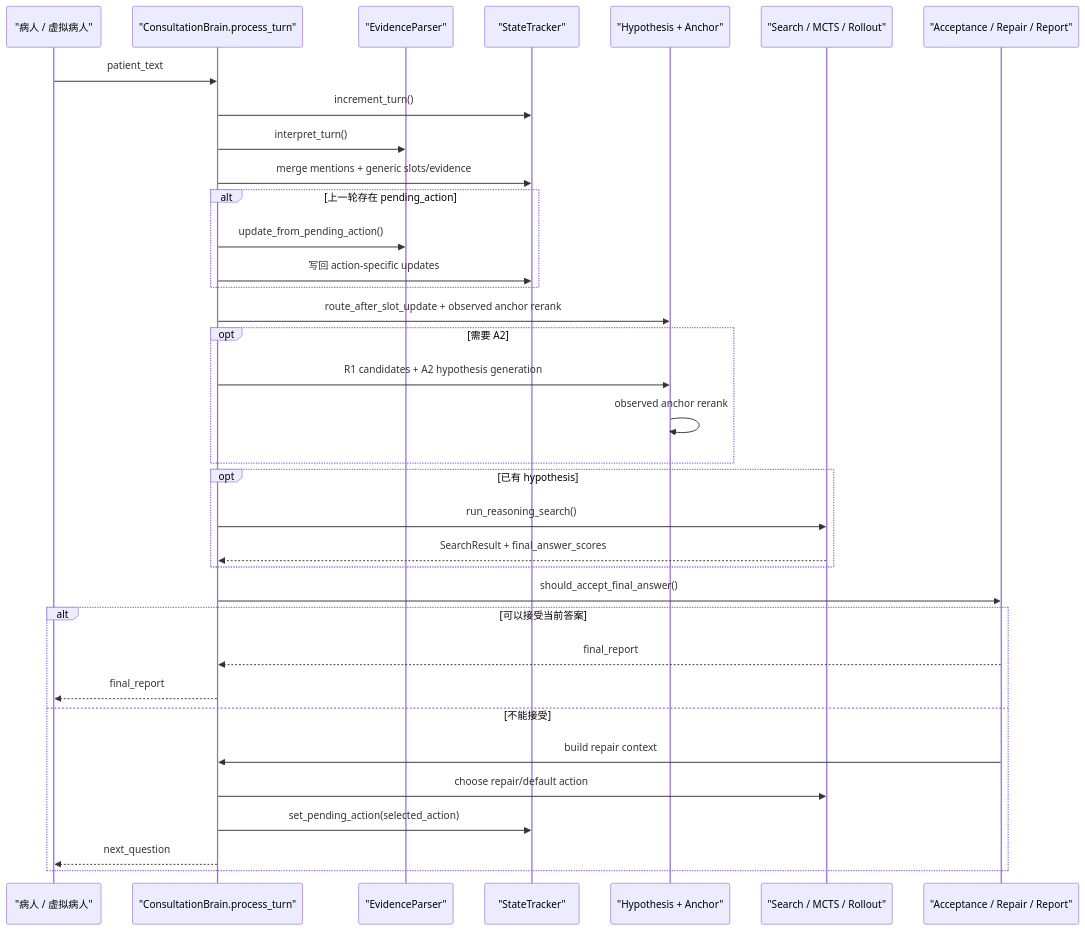
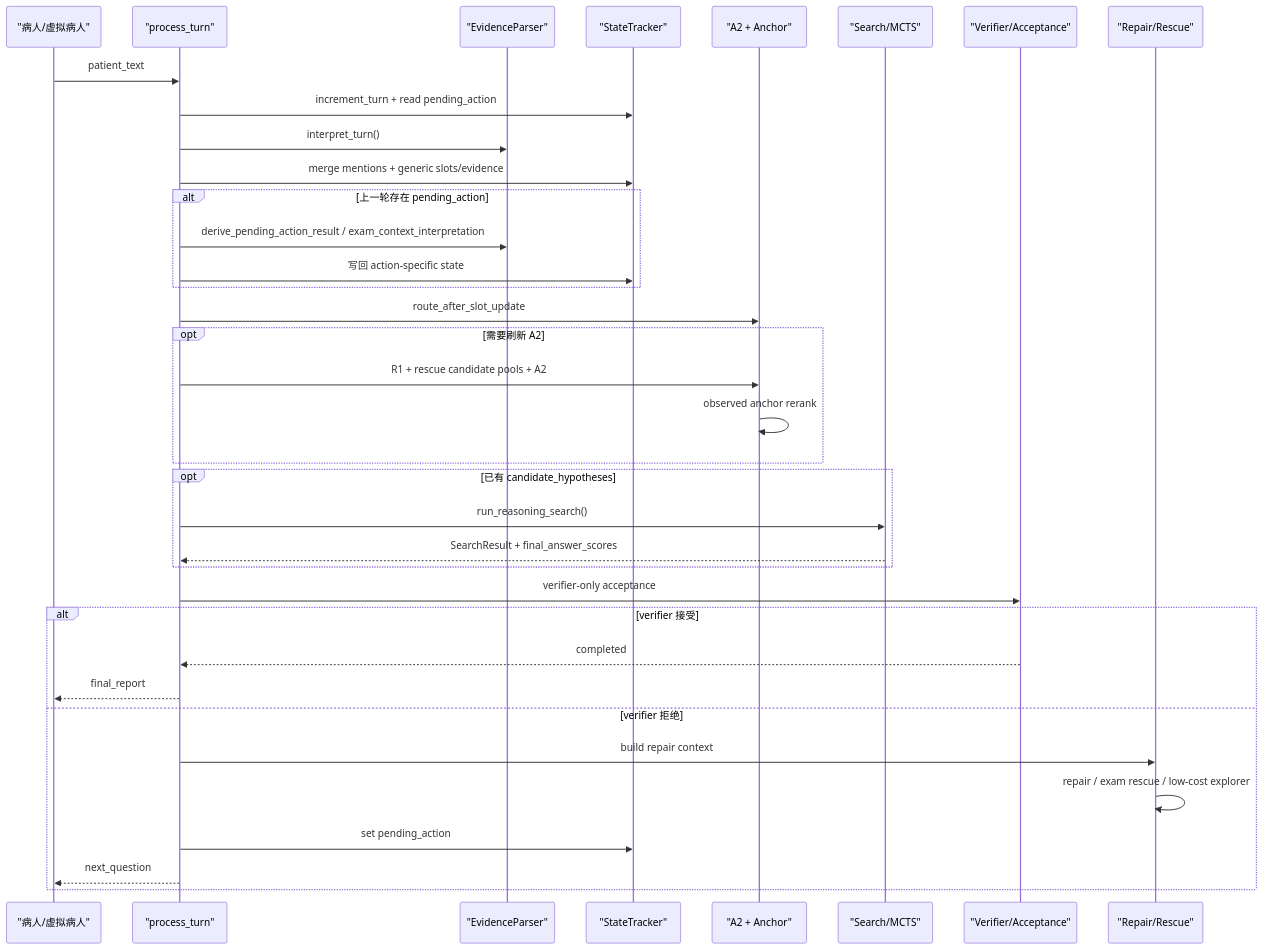
The diagram in docs/brain_runtime_call_chain_guide.md (maken-jhd/medical-inquiry-system), drawn with Mermaid before and after one commit. The commit also changed other lines of this file and 3 other files, not shown here.

````diff
--- a/docs/brain_runtime_call_chain_guide.md
+++ b/docs/brain_runtime_call_chain_guide.md
@@ -198,38 +190,39 @@
 ```mermaid
 sequenceDiagram
-    participant U as "病人 / 虚拟病人"
-    participant B as "ConsultationBrain.process_turn"
+    participant U as "病人/虚拟病人"
+    participant B as "process_turn"
     participant E as "EvidenceParser"
     participant S as "StateTracker"
-    participant H as "Hypothesis + Anchor"
-    participant T as "Search / MCTS / Rollout"
-    participant G as "Acceptance / Repair / Report"
+    participant H as "A2 + Anchor"
+    participant T as "Search/MCTS"
+    participant V as "Verifier/Acceptance"
+    participant R as "Repair/Rescue"
 
     U->>B: patient_text
-    B->>S: increment_turn()
+    B->>S: increment_turn + read pending_action
     B->>E: interpret_turn()
     B->>S: merge mentions + generic slots/evidence
     alt 上一轮存在 pending_action
-        B->>E: update_from_pending_action()
-        B->>S: 写回 action-specific updates
+        B->>E: derive_pending_action_result / exam_context_interpretation
+        B->>S: 写回 action-specific state
     end
-    B->>H: route_after_slot_update + observed anchor rerank
-    opt 需要 A2
-        B->>H: R1 candidates + A2 hypothesis generation
+    B->>H: route_after_slot_update
+    opt 需要刷新 A2
+        B->>H: R1 + rescue candidate pools + A2
         H->>H: observed anchor rerank
     end
-    opt 已有 hypothesis
+    opt 已有 candidate_hypotheses
         B->>T: run_reasoning_search()
         T-->>B: SearchResult + final_answer_scores
     end
-    B->>G: should_accept_final_answer()
-    alt 可以接受当前答案
-        G-->>B: final_report
+    B->>V: verifier-only acceptance
+    alt verifier 接受
+        V-->>B: completed
         B-->>U: final_report
-    else 不能接受
-        G->>B: build repair context
-        B->>T: choose repair/default action
-        B->>S: set_pending_action(selected_action)
+    else verifier 拒绝
+        B->>R: build repair context
+        R->>R: repair / exam rescue / low-cost explorer
+        B->>S: set pending_action
         B-->>U: next_question
     end
 ```
````
